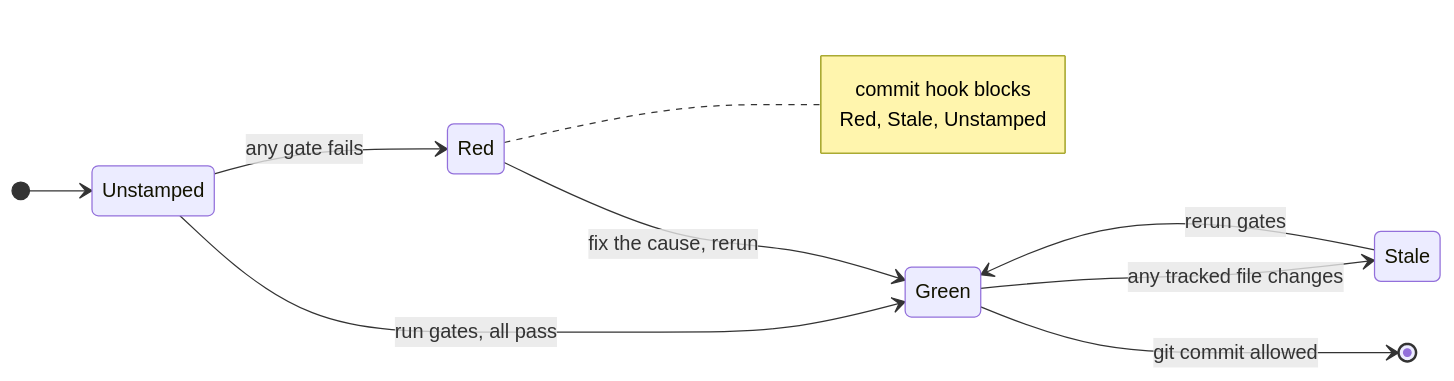
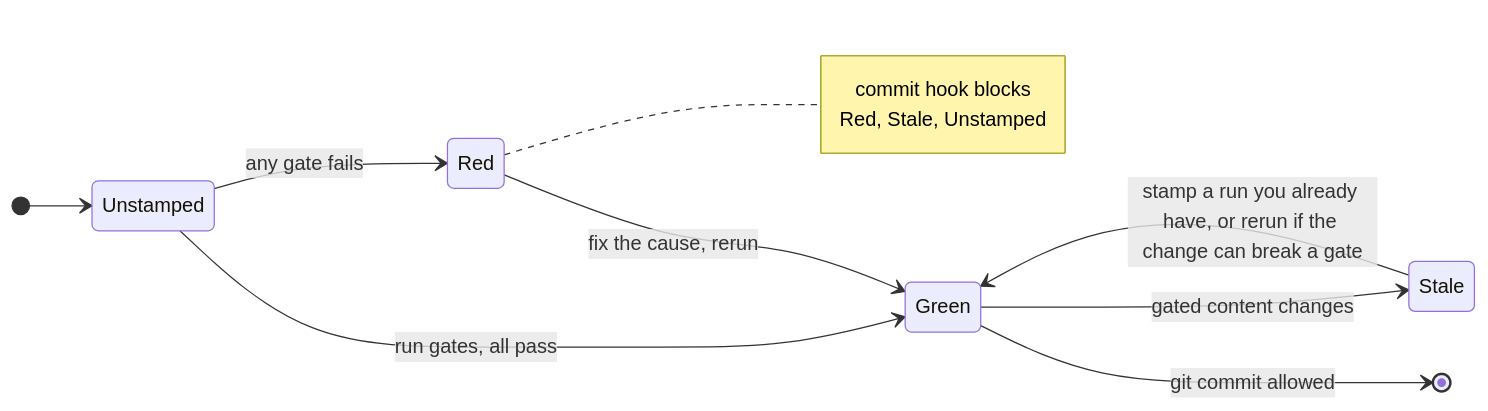
One commit to devmesh-in/claude-company changed the second of 3 diagrams in docs/how-it-works.md. Above: the diagram before and after it, drawn with Mermaid. The commit also changed other lines of this file and 13 other files, not shown here.

First line of the commit message:
fix(cut-stamp-ceremony): stop teaching stale stamp as a full re-run

````diff
--- a/docs/how-it-works.md
+++ b/docs/how-it-works.md
@@ -90,15 +90,15 @@
 ```mermaid
 stateDiagram-v2
     direction LR
     [*] --> Unstamped
     Unstamped --> Green: run gates, all pass
     Unstamped --> Red: any gate fails
     Red --> Green: fix the cause, rerun
-    Green --> Stale: any tracked file changes
-    Stale --> Green: rerun gates
+    Green --> Stale: gated content changes
+    Stale --> Green: stamp a run you already have, or rerun if the change can break a gate
     Green --> [*]: git commit allowed
     note right of Red
         commit hook blocks
         Red, Stale, Unstamped
     end note
 ```
````
